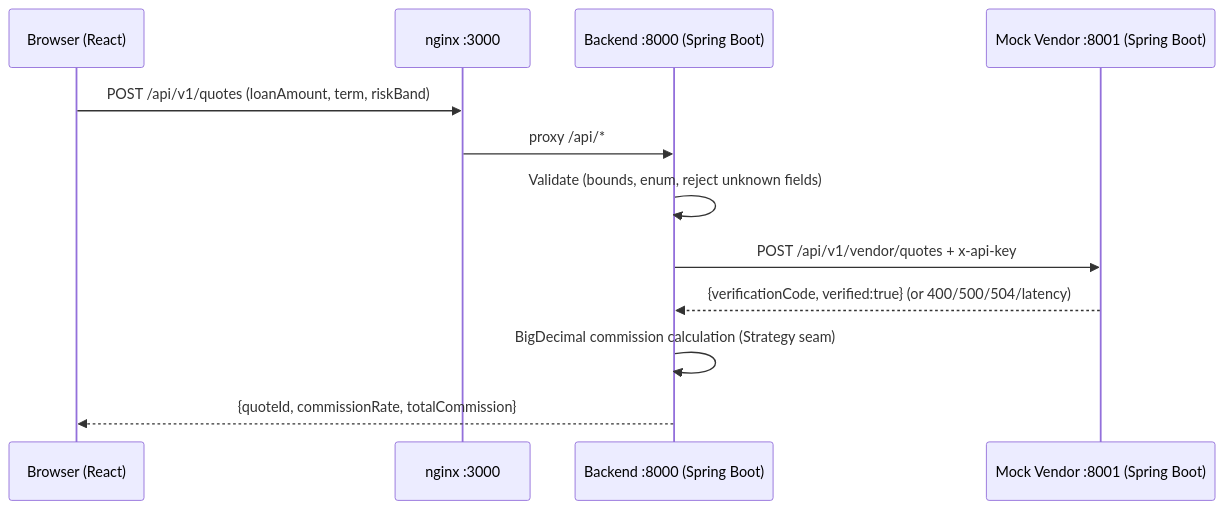
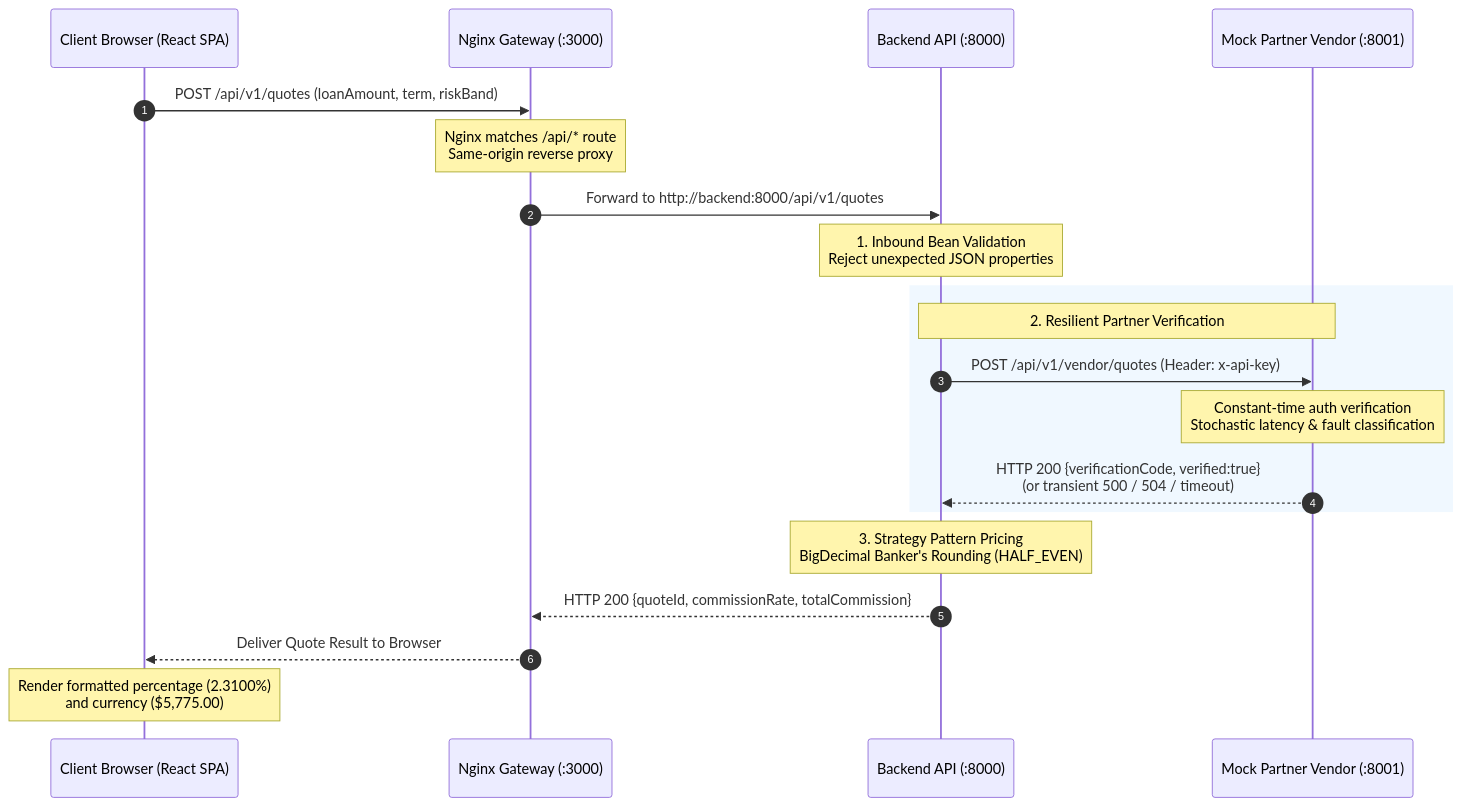
The first of 2 diagrams in ARCHITECTURE.md (thepragmatik/quote-engine-assignment), drawn with Mermaid before and after one commit. The commit also changed other lines of this file and 2 other files, not shown here.

Commit message:
docs: enhance README, User Guide, and Architecture with clear, plain-language explanations

````diff
--- a/ARCHITECTURE.md
+++ b/ARCHITECTURE.md
@@ -5,15 +28,27 @@
 ```mermaid
 sequenceDiagram
-    participant U as Browser (React)
-    participant N as nginx :3000
-    participant B as Backend :8000 (Spring Boot)
-    participant V as Mock Vendor :8001 (Spring Boot)
+    autonumber
+    participant U as Client Browser (React SPA)
+    participant N as Nginx Gateway (:3000)
+    participant B as Backend API (:8000)
+    participant V as Mock Partner Vendor (:8001)
 
     U->>N: POST /api/v1/quotes (loanAmount, term, riskBand)
-    N->>B: proxy /api/*
-    B->>B: Validate (bounds, enum, reject unknown fields)
-    B->>V: POST /api/v1/vendor/quotes + x-api-key
-    V-->>B: {verificationCode, verified:true}  (or 400/500/504/latency)
-    B->>B: BigDecimal commission calculation (Strategy seam)
-    B-->>U: {quoteId, commissionRate, totalCommission}
+    Note over N: Nginx matches /api/* route<br/>Same-origin reverse proxy
+    N->>B: Forward to http://backend:8000/api/v1/quotes
+    
+    Note over B: 1. Inbound Bean Validation<br/>Reject unexpected JSON properties
+    
+    rect rgb(240, 248, 255)
+        Note over B,V: 2. Resilient Partner Verification
+        B->>V: POST /api/v1/vendor/quotes (Header: x-api-key)
+        Note over V: Constant-time auth verification<br/>Stochastic latency & fault classification
+        V-->>B: HTTP 200 {verificationCode, verified:true}<br/>(or transient 500 / 504 / timeout)
+    end
+
+    Note over B: 3. Strategy Pattern Pricing<br/>BigDecimal Banker's Rounding (HALF_EVEN)
+    
+    B-->>N: HTTP 200 {quoteId, commissionRate, totalCommission}
+    N-->>U: Deliver Quote Result to Browser
+    Note over U: Render formatted percentage (2.3100%)<br/>and currency ($5,775.00)
 ```
````
